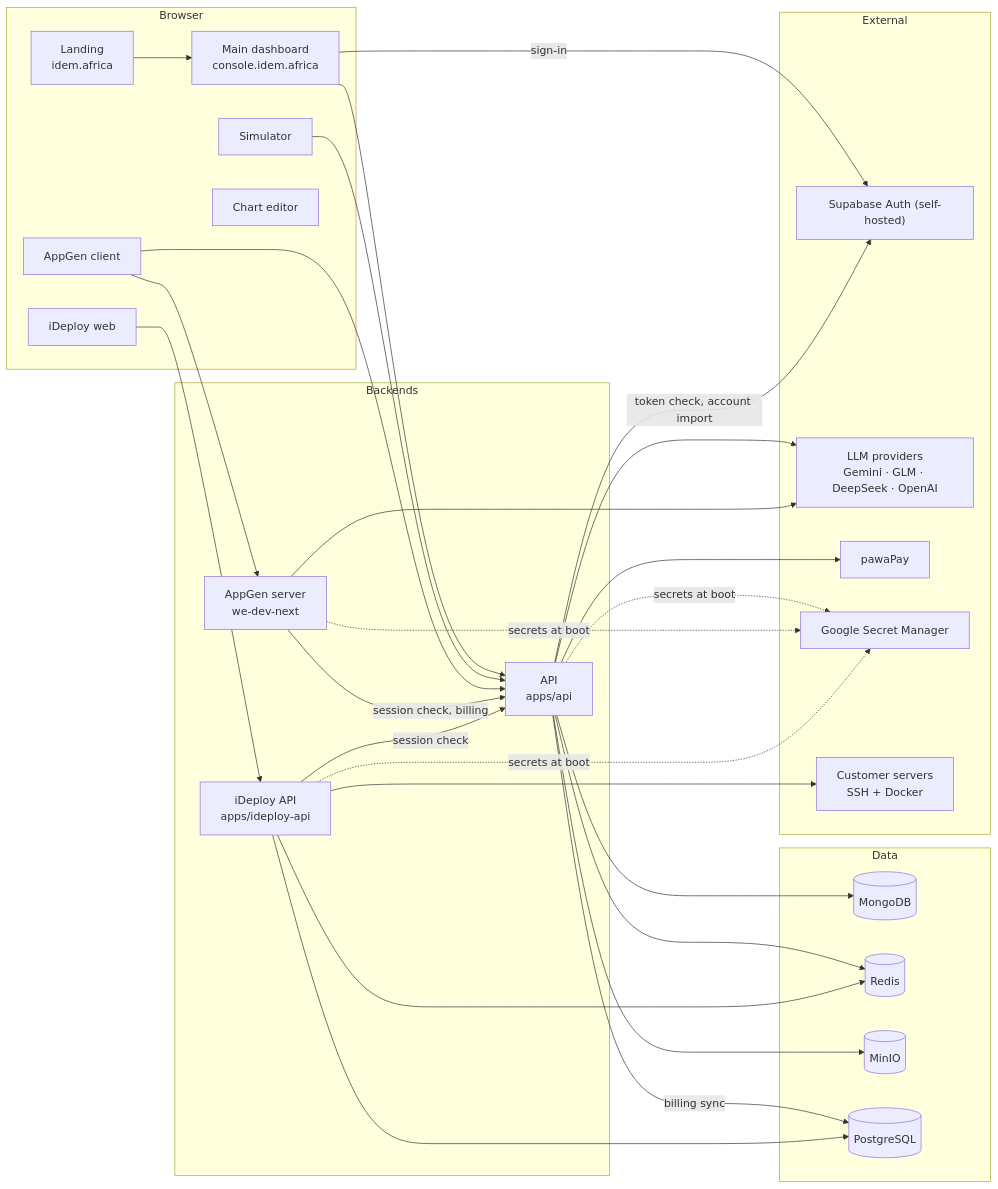
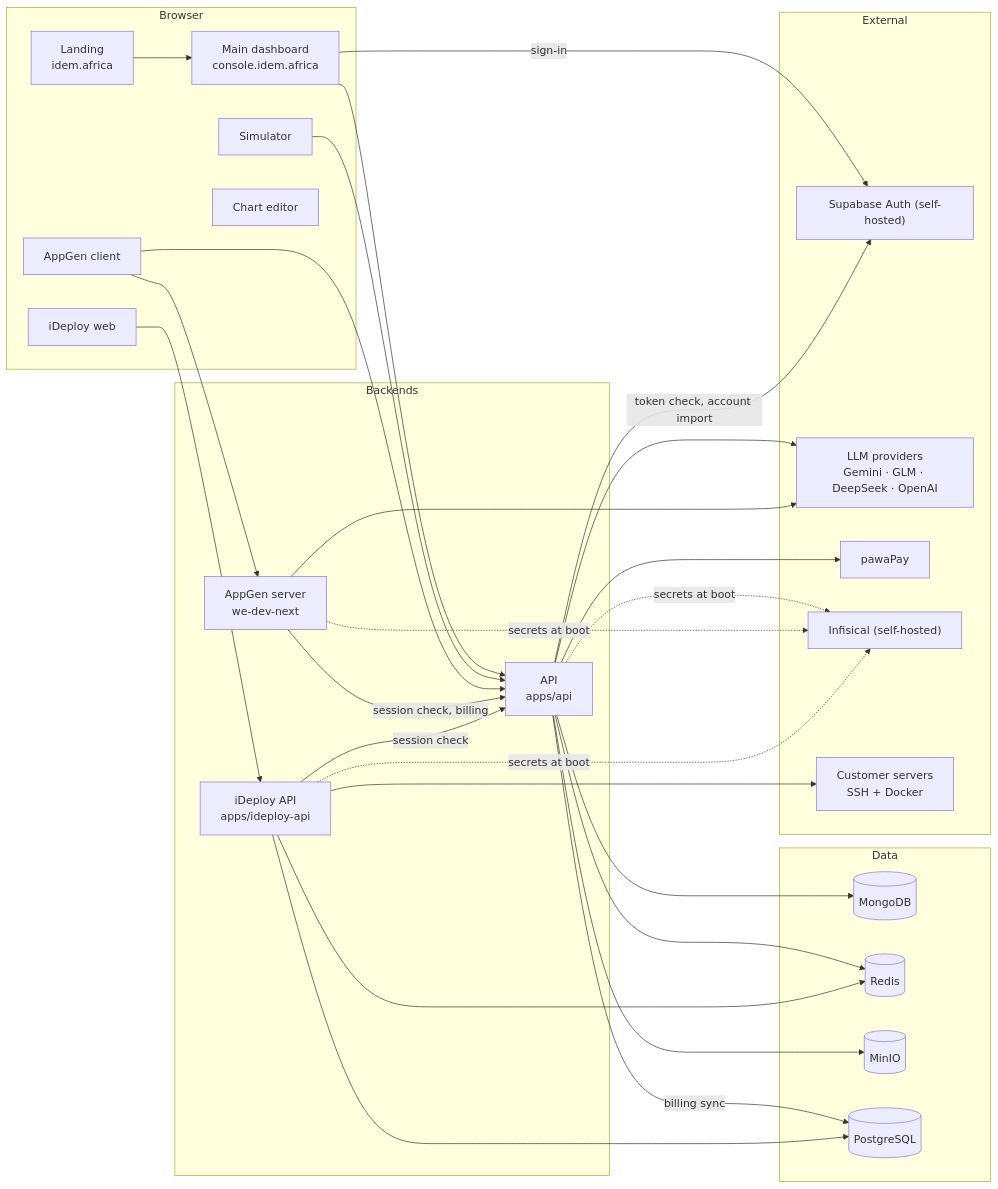
Before and after one commit to Idem-AI/idem: the diagram in docs/ARCHITECTURE.md, drawn with Mermaid. The commit also changed 42 other files, not shown here.

````diff
--- a/docs/ARCHITECTURE.md
+++ b/docs/ARCHITECTURE.md
@@ -5,50 +5,50 @@
 ```mermaid
 flowchart LR
     subgraph Browser
         Landing["Landing<br/>idem.africa"]
         Dashboard["Main dashboard<br/>console.idem.africa"]
         Simulation["Simulator"]
         AppGenClient["AppGen client"]
         IDeployWeb["iDeploy web"]
         Chart["Chart editor"]
     end
 
     subgraph Backends
         API["API<br/>apps/api"]
         AppGenServer["AppGen server<br/>we-dev-next"]
         IDeployAPI["iDeploy API<br/>apps/ideploy-api"]
     end
 
     subgraph Data
         Mongo[(MongoDB)]
         Redis[(Redis)]
         MinIO[(MinIO)]
         PG[(PostgreSQL)]
     end
 
     subgraph External
         Auth["Supabase Auth (self-hosted)"]
         LLM["LLM providers<br/>Gemini · GLM · DeepSeek · OpenAI"]
         PawaPay["pawaPay"]
-        SM["Google Secret Manager"]
+        SM["Infisical (self-hosted)"]
         Servers["Customer servers<br/>SSH + Docker"]
     end
 
     Landing --> Dashboard
     Dashboard --> API
     Simulation --> API
     AppGenClient --> AppGenServer
     AppGenClient --> API
     IDeployWeb --> IDeployAPI
     AppGenServer -- "session check, billing" --> API
     IDeployAPI -- "session check" --> API
     API --> Mongo & Redis & MinIO
     API -- "billing sync" --> PG
     IDeployAPI --> PG & Redis
     IDeployAPI --> Servers
     Dashboard -- "sign-in" --> Auth
     API -- "token check, account import" --> Auth
     API --> LLM & PawaPay
     AppGenServer --> LLM
     API & AppGenServer & IDeployAPI -. "secrets at boot" .-> SM
 ```
````
